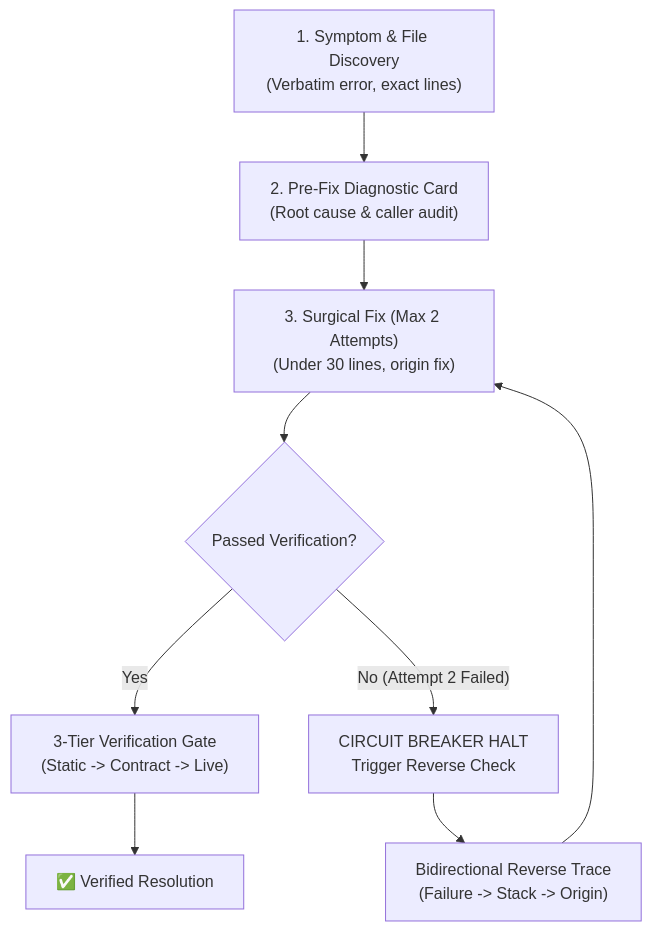
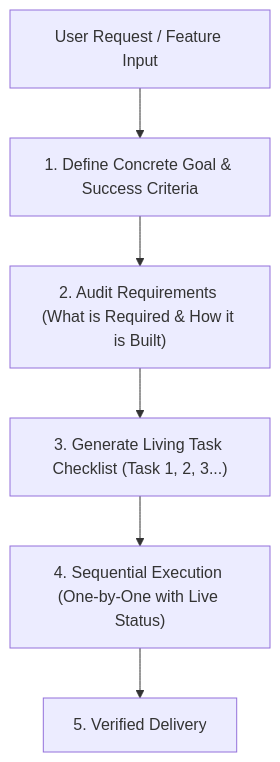
One commit to parinkukadia55/zero-guess-debugger changed the diagram in README.md. Above: the diagram before and after it, drawn with Mermaid. The commit also changed other lines of this file and 5 other files, not shown here.

Commit message:
feat: add goal planning, requirements audit, living task checklists and sequential execution tracking

````diff
--- a/README.md
+++ b/README.md
@@ -27,11 +30,8 @@
 ```mermaid
 flowchart TD
-    A["1. Symptom & File Discovery\n(Verbatim error, exact lines)"] --> B["2. Pre-Fix Diagnostic Card\n(Root cause & caller audit)"]
-    B --> C["3. Surgical Fix (Max 2 Attempts)\n(Under 30 lines, origin fix)"]
-    C --> D{"Passed Verification?"}
-    D -- Yes --> E["3-Tier Verification Gate\n(Static -> Contract -> Live)"]
-    D -- No (Attempt 2 Failed) --> F["CIRCUIT BREAKER HALT\nTrigger Reverse Check"]
-    F --> G["Bidirectional Reverse Trace\n(Failure -> Stack -> Origin)"]
-    G --> C
-    E --> H["✅ Verified Resolution"]
+    User["User Request / Feature Input"] --> Goal["1. Define Concrete Goal & Success Criteria"]
+    Goal --> Req["2. Audit Requirements (What is Required & How it is Built)"]
+    Req --> Tasks["3. Generate Living Task Checklist (Task 1, 2, 3...)"]
+    Tasks --> Exec["4. Sequential Execution (One-by-One with Live Status)"]
+    Exec --> Done["5. Verified Delivery"]
 ```
````
